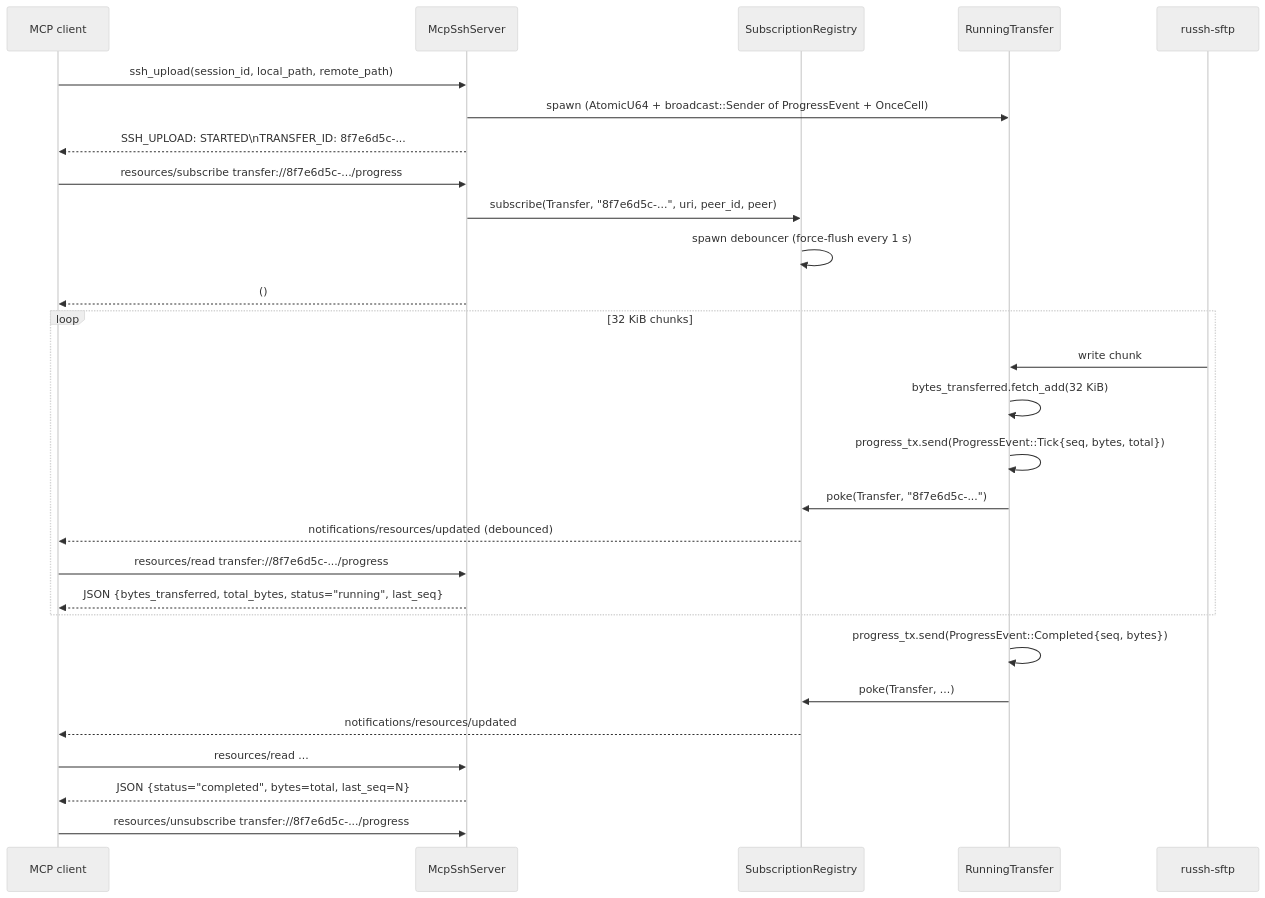
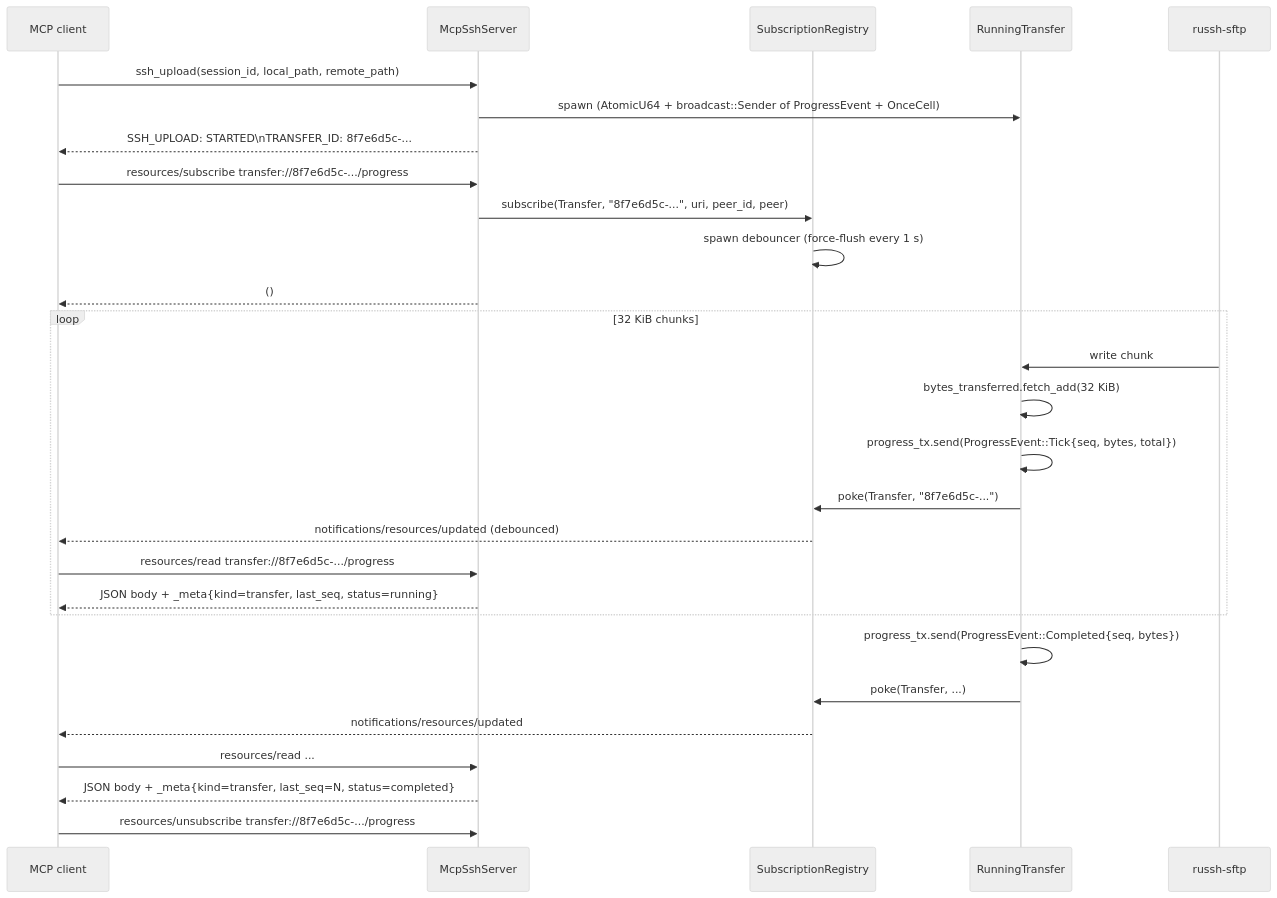
One commit to farchanjo/ssh-mcp changed the seventh of 11 diagrams in docs/FLOWS.md. Above: the diagram before and after it, drawn with Mermaid (neutral theme). The commit also changed other lines of this file and 6 other files, not shown here.

First line of the commit message:
docs(v4.5): sync LLM_GUIDE/API/ERRORS/RESOURCES/FLOWS to v4.5.0 surface

````diff
--- a/docs/FLOWS.md
+++ b/docs/FLOWS.md
@@ -218,35 +219,35 @@
 ```mermaid
 sequenceDiagram
     participant Client as MCP client
     participant Server as McpSshServer
     participant Reg as SubscriptionRegistry
     participant Tr as RunningTransfer
     participant SFTP as russh-sftp
 
     Client->>Server: ssh_upload(session_id, local_path, remote_path)
     Server->>Tr: spawn (AtomicU64 + broadcast::Sender of ProgressEvent + OnceCell)
     Server-->>Client: SSH_UPLOAD: STARTED\nTRANSFER_ID: 8f7e6d5c-...
 
     Client->>Server: resources/subscribe transfer://8f7e6d5c-.../progress
     Server->>Reg: subscribe(Transfer, "8f7e6d5c-...", uri, peer_id, peer)
     Reg->>Reg: spawn debouncer (force-flush every 1 s)
     Server-->>Client: ()
 
     loop 32 KiB chunks
         SFTP->>Tr: write chunk
         Tr->>Tr: bytes_transferred.fetch_add(32 KiB)
         Tr->>Tr: progress_tx.send(ProgressEvent::Tick{seq, bytes, total})
         Tr->>Reg: poke(Transfer, "8f7e6d5c-...")
         Reg-->>Client: notifications/resources/updated (debounced)
         Client->>Server: resources/read transfer://8f7e6d5c-.../progress
-        Server-->>Client: JSON {bytes_transferred, total_bytes, status="running", last_seq}
+        Server-->>Client: JSON body + _meta{kind=transfer, last_seq, status=running}
     end
 
     Tr->>Tr: progress_tx.send(ProgressEvent::Completed{seq, bytes})
     Tr->>Reg: poke(Transfer, ...)
     Reg-->>Client: notifications/resources/updated
     Client->>Server: resources/read ...
-    Server-->>Client: JSON {status="completed", bytes=total, last_seq=N}
+    Server-->>Client: JSON body + _meta{kind=transfer, last_seq=N, status=completed}
 
     Client->>Server: resources/unsubscribe transfer://8f7e6d5c-.../progress
 ```
````
